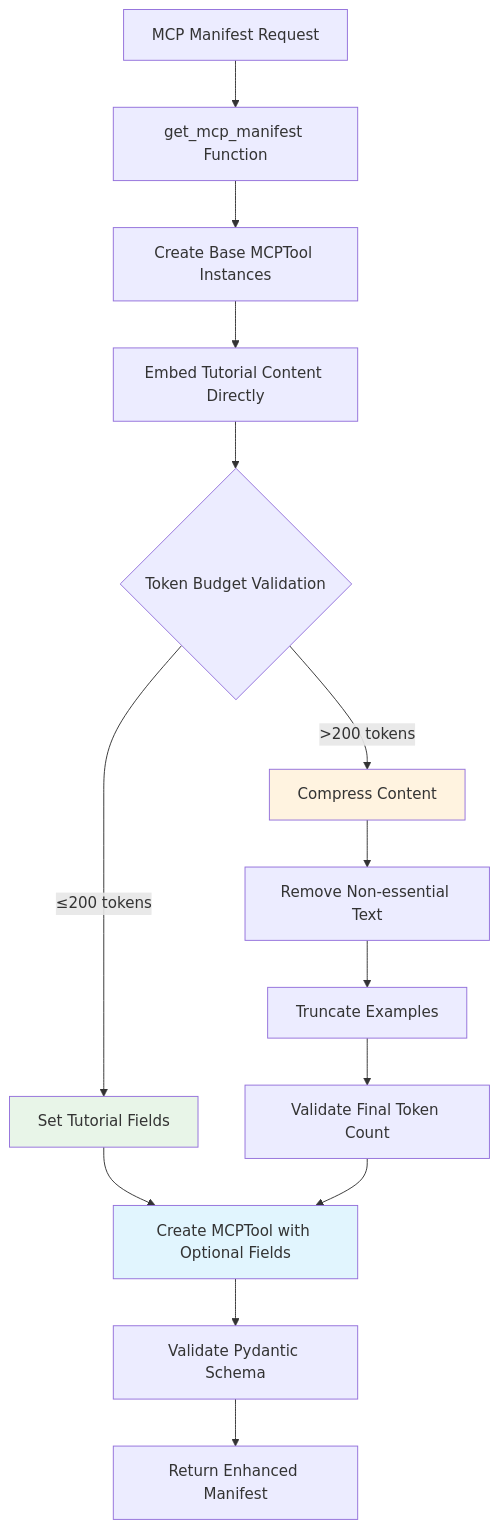
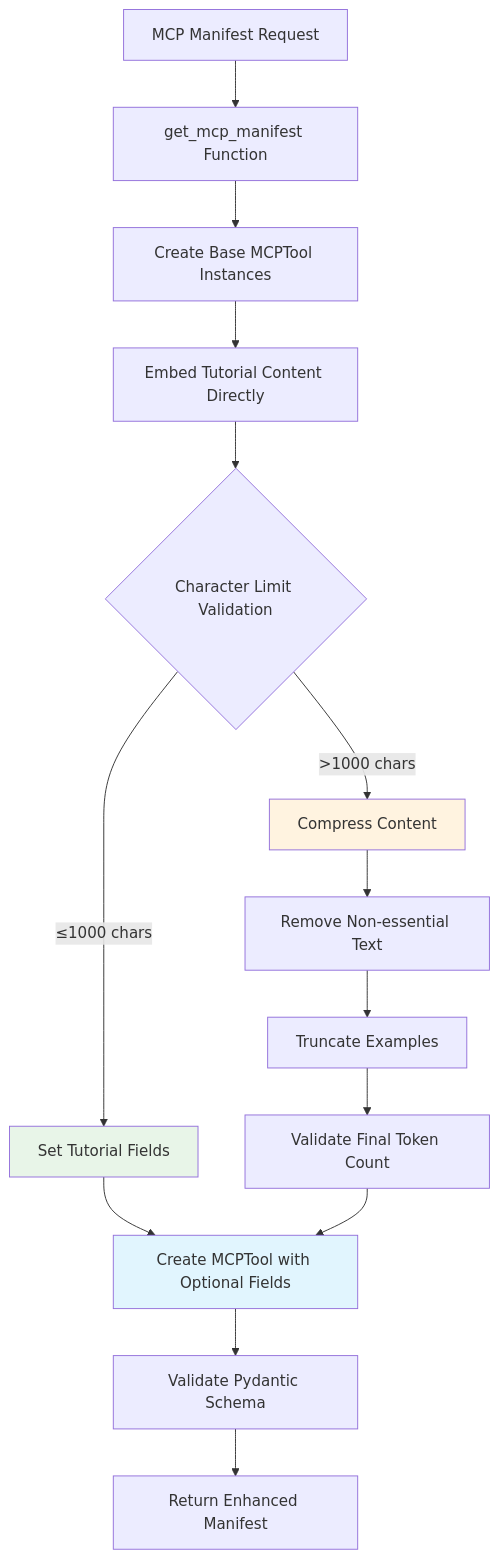
Diagram 53 of 53 in Architecture.md (RimoVR/docsrs-mcp), drawn with Mermaid before and after one commit. The commit also changed other lines of this file and 8 other files, not shown here.

````diff
--- a/Architecture.md
+++ b/Architecture.md
@@ -4368,23 +4378,23 @@
 ```mermaid
 flowchart TD
     A[MCP Manifest Request] --> B[get_mcp_manifest Function]
     B --> C[Create Base MCPTool Instances]
     C --> D[Embed Tutorial Content Directly]
     
-    D --> E{Token Budget Validation}
-    E -->|≤200 tokens| F[Set Tutorial Fields]
-    E -->|>200 tokens| G[Compress Content]
+    D --> E{Character Limit Validation}
+    E -->|≤1000 chars| F[Set Tutorial Fields]
+    E -->|>1000 chars| G[Compress Content]
     
     G --> H[Remove Non-essential Text]
     H --> I[Truncate Examples]
     I --> J[Validate Final Token Count]
     
     F --> K[Create MCPTool with Optional Fields]
     J --> K
     K --> L[Validate Pydantic Schema]
     L --> M[Return Enhanced Manifest]
     
     style F fill:#e8f5e8
     style G fill:#fff3e0
     style K fill:#e1f5fe
 ```
````
